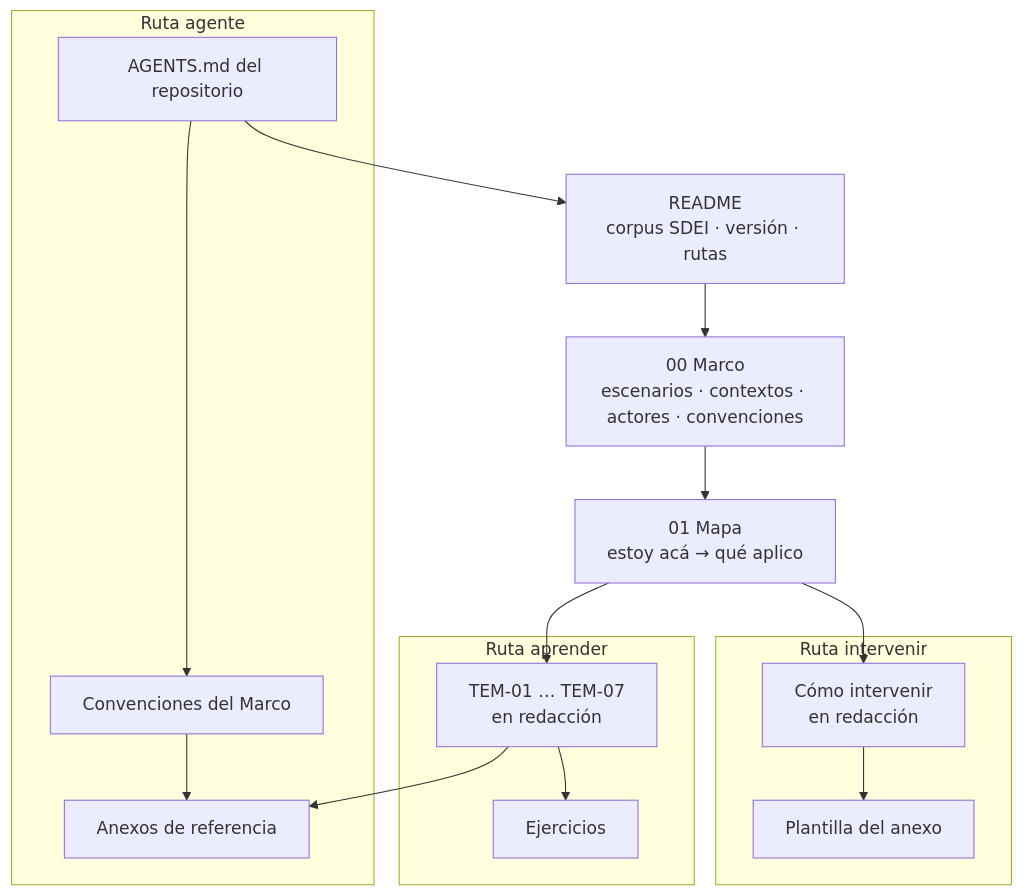
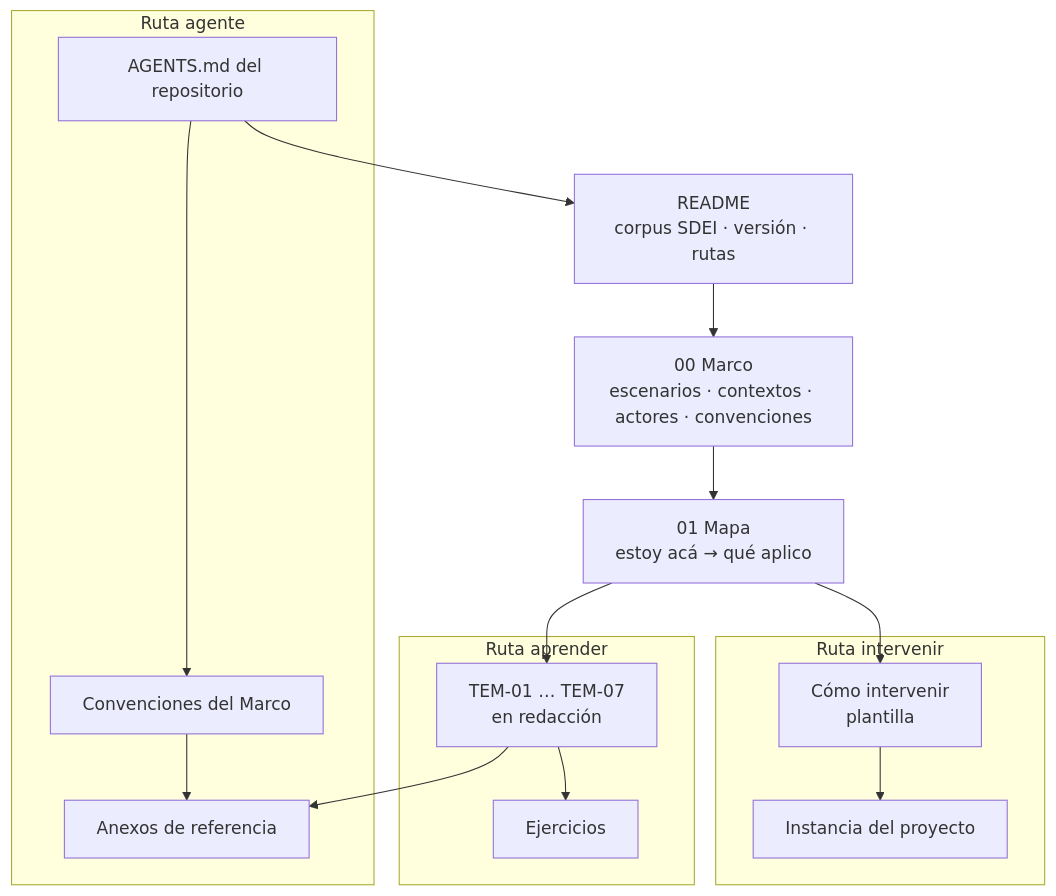
The diagram in Guides/Documentacion-Tecnica/Sistema-De-Documentacion-E-Integracion/README.md (hdcm-dev/Lab-Documentos), drawn with Mermaid before and after one commit. The commit also changed other lines of this file and 6 other files, not shown here.

First line of the commit message:
Cuerpo SDEI: TEM-07 Integración con un marco SDD y proceso «Cómo intervenir» (E1-U4d)

````diff
--- a/Guides/Documentacion-Tecnica/Sistema-De-Documentacion-E-Integracion/README.md
+++ b/Guides/Documentacion-Tecnica/Sistema-De-Documentacion-E-Integracion/README.md
@@ -70,19 +70,19 @@
 ```mermaid
 flowchart TB
   R["README<br/>corpus SDEI · versión · rutas"] --> M["00 Marco<br/>escenarios · contextos · actores · convenciones"]
   M --> MAPA["01 Mapa<br/>estoy acá → qué aplico"]
   subgraph APR["Ruta aprender"]
     T["TEM-01 … TEM-07<br/>en redacción"] --> EJ["Ejercicios"]
   end
   subgraph INT["Ruta intervenir"]
-    CI["Cómo intervenir<br/>en redacción"] --> PL["Plantilla del anexo"]
+    CI["Cómo intervenir<br/>plantilla"] --> PL["Instancia del proyecto"]
   end
   subgraph AGE["Ruta agente"]
     AG["AGENTS.md del repositorio"] --> CONV["Convenciones del Marco"]
     CONV --> ANX["Anexos de referencia"]
   end
   MAPA --> T
   MAPA --> CI
   AG --> R
   T --> ANX
 ```
````
